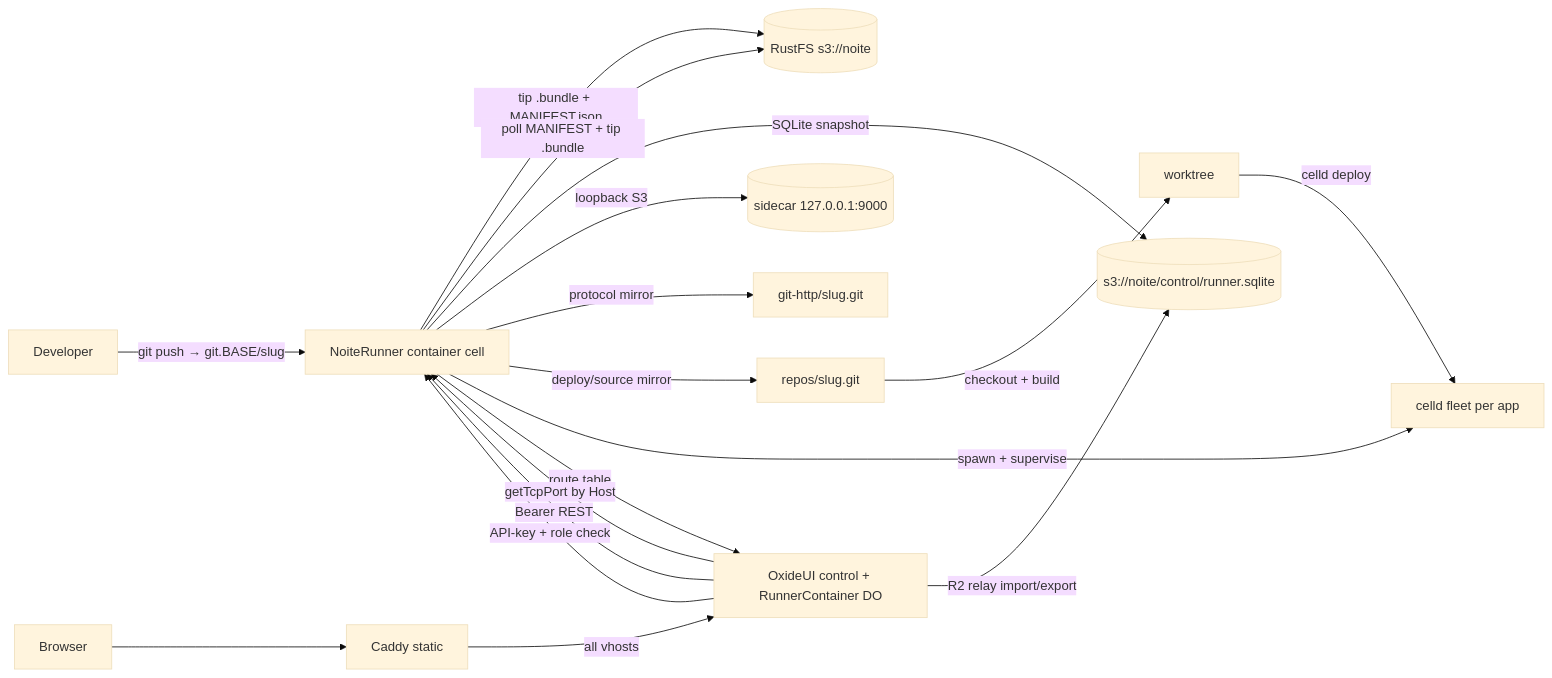
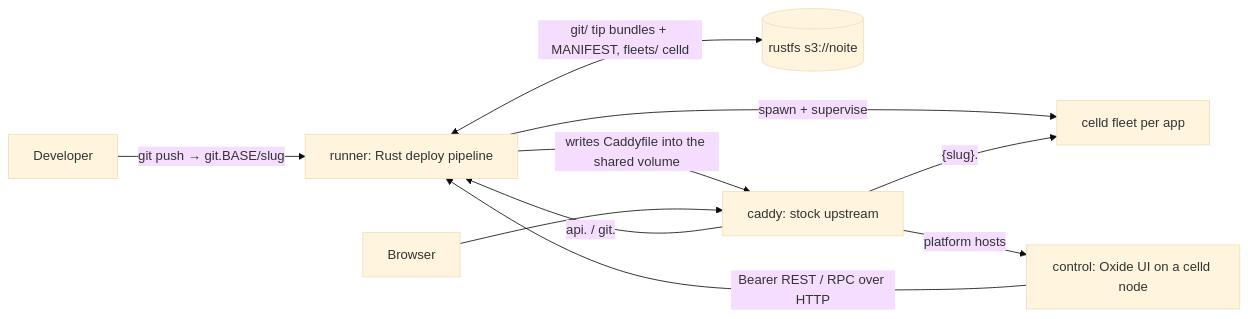
Before and after one commit to ryuzcorp/noite: the diagram in SPEC.md, drawn with Mermaid (base theme). The commit also changed other lines of this file and 96 other files, not shown here.

````diff
--- a/SPEC.md
+++ b/SPEC.md
@@ -120,20 +130,12 @@
 ```mermaid
 flowchart LR
-  dev[Developer] -->|git push → git.BASE/slug| runner[NoiteRunner container cell]
-  runner -->|tip .bundle + MANIFEST.json| rustfs[(RustFS s3://noite)]
-  runner -->|poll MANIFEST + tip .bundle| rustfs
-  runner -->|SQLite snapshot| control[(s3://noite/control/runner.sqlite)]
-  runner -->|loopback S3| sidecar[(sidecar 127.0.0.1:9000)]
-  ui -->|R2 relay import/export| control
-  runner -->|protocol mirror| githttp[git-http/slug.git]
-  runner -->|deploy/source mirror| repos[repos/slug.git]
-  repos -->|checkout + build| work[worktree]
-  work -->|celld deploy| fleet[celld fleet per app]
-  runner -->|spawn + supervise| fleet
-  runner -->|route table| ui[OxideUI control + RunnerContainer DO]
-  user[Browser] --> caddy[Caddy static]
-  caddy -->|all vhosts| ui
-  ui -->|getTcpPort by Host| runner
-  ui -->|Bearer REST| runner
-  ui -->|API-key + role check| runner
+  dev[Developer] -->|git push → git.BASE/slug| runner[runner: Rust deploy pipeline]
+  runner <-->|git/ tip bundles + MANIFEST, fleets/ celld| rustfs[(rustfs s3://noite)]
+  runner -->|spawn + supervise| fleet[celld fleet per app]
+  runner -->|writes Caddyfile into the shared volume| caddy[caddy: stock upstream]
+  user[Browser] --> caddy
+  caddy -->|platform hosts| control[control: Oxide UI on a celld node]
+  caddy -->|api. / git.| runner
+  caddy -->|"{slug}."| fleet
+  control -->|Bearer REST / RPC over HTTP| runner
 ```
````
